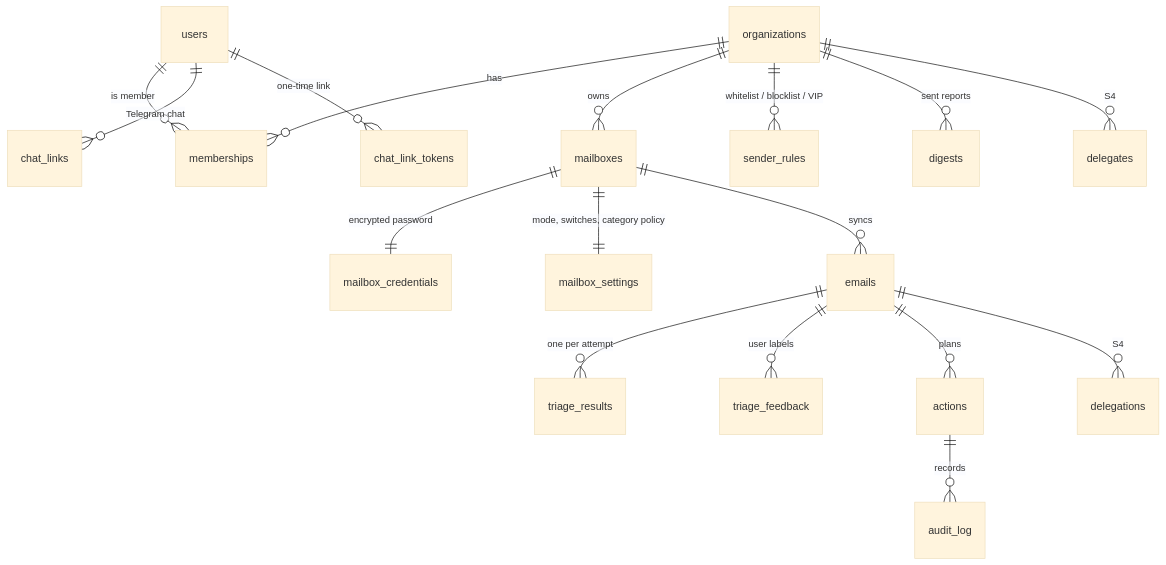
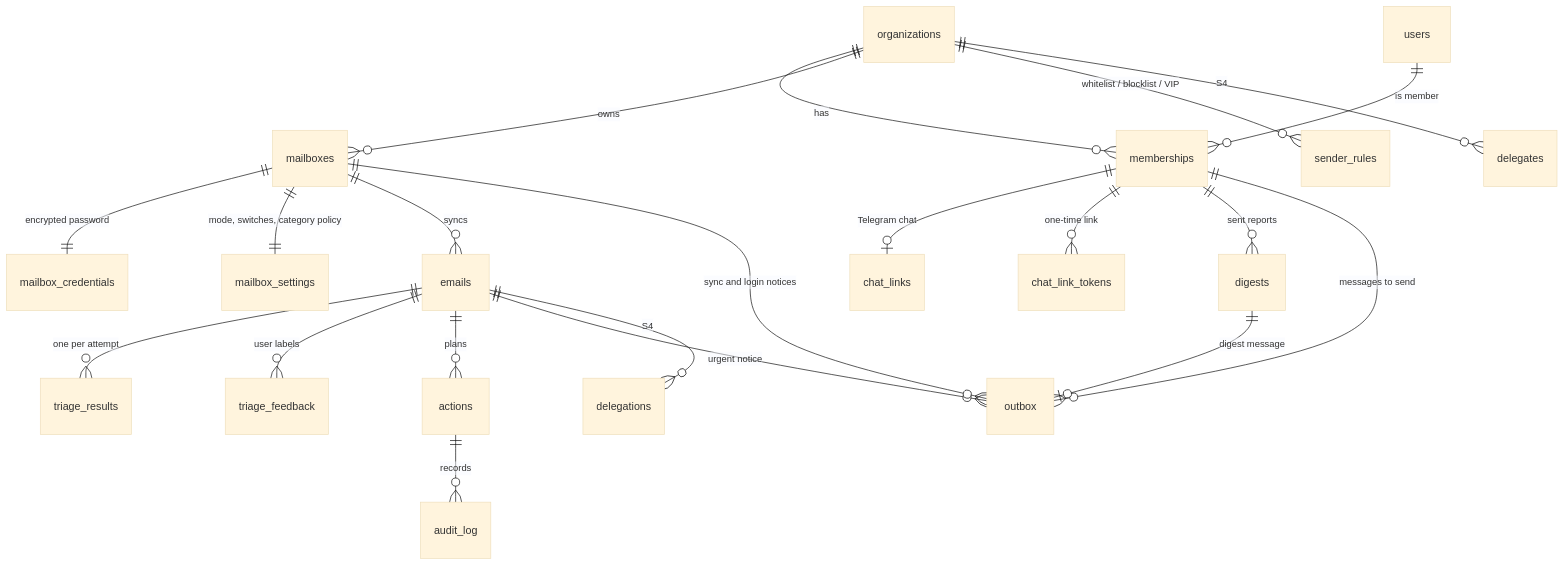
Before and after one commit to Artexs/email_assistant: the fourth of 4 diagrams in docs/architecture.md, drawn with Mermaid (base theme). The commit also changed other lines of this file and 11 other files, not shown here.

````diff
--- a/docs/architecture.md
+++ b/docs/architecture.md
@@ -297,19 +301,23 @@
 ```mermaid
 erDiagram
     organizations ||--o{ memberships : has
     users ||--o{ memberships : "is member"
     organizations ||--o{ mailboxes : owns
     mailboxes ||--|| mailbox_credentials : "encrypted password"
     mailboxes ||--|| mailbox_settings : "mode, switches, category policy"
     organizations ||--o{ sender_rules : "whitelist / blocklist / VIP"
     mailboxes ||--o{ emails : syncs
     emails ||--o{ triage_results : "one per attempt"
     emails ||--o{ triage_feedback : "user labels"
     emails ||--o{ actions : plans
     actions ||--o{ audit_log : records
-    users ||--o{ chat_links : "Telegram chat"
-    users ||--o{ chat_link_tokens : "one-time link"
-    organizations ||--o{ digests : "sent reports"
+    memberships ||--o| chat_links : "Telegram chat"
+    memberships ||--o{ chat_link_tokens : "one-time link"
+    memberships ||--o{ digests : "sent reports"
+    memberships ||--o{ outbox : "messages to send"
+    digests ||--o| outbox : "digest message"
+    emails ||--o{ outbox : "urgent notice"
+    mailboxes ||--o{ outbox : "sync and login notices"
     organizations ||--o{ delegates : "S4"
     emails ||--o{ delegations : "S4"
 ```
````
